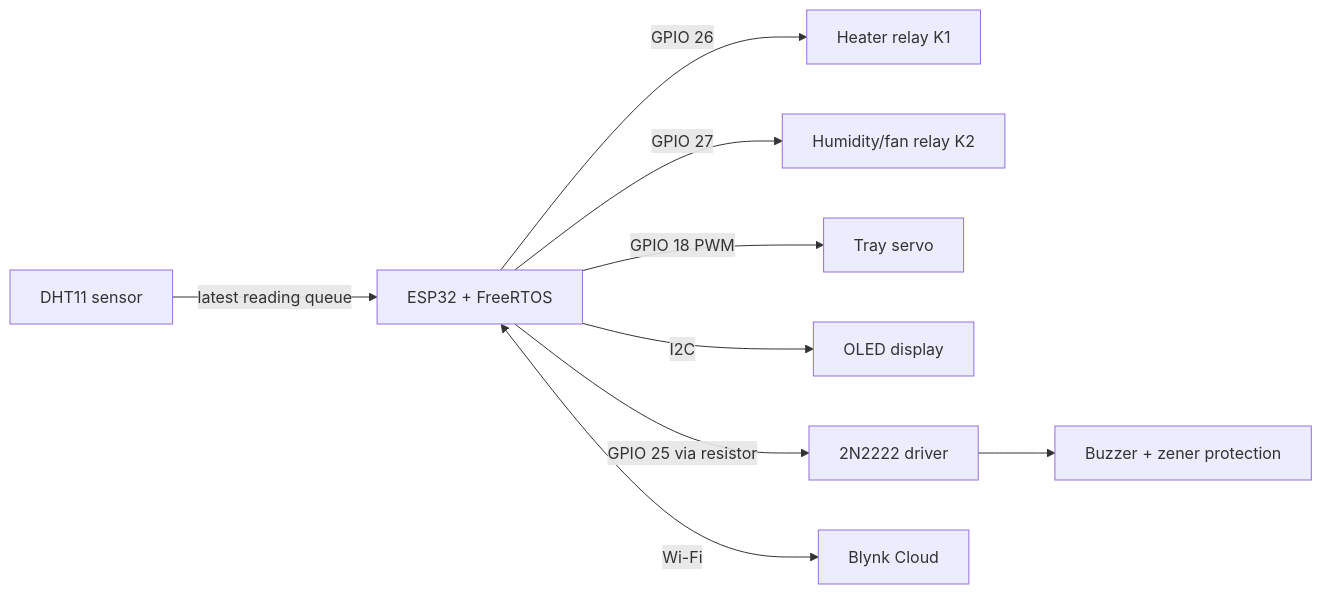
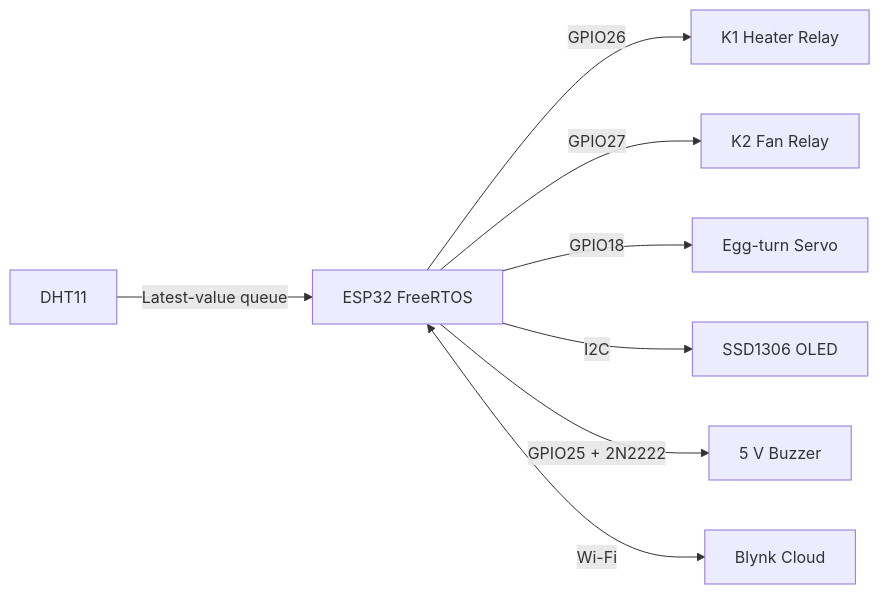
One commit to iAboud98/smart-egg-incubator changed the diagram in README.md. Above: the diagram before and after it, drawn with Mermaid. The commit also changed other lines of this file and 2 other files, not shown here.

Commit message:
Finalize project documentation and schematic

````diff
--- a/README.md
+++ b/README.md
@@ -24,11 +98,10 @@
 ```mermaid
 flowchart LR
-    DHT[DHT11 sensor] -->|latest reading queue| ESP[ESP32 + FreeRTOS]
-    ESP -->|GPIO 26| HEAT[Heater relay K1]
-    ESP -->|GPIO 27| HUM[Humidity/fan relay K2]
-    ESP -->|GPIO 18 PWM| SERVO[Tray servo]
-    ESP -->|I2C| OLED[OLED display]
-    ESP -->|GPIO 25 via resistor| DRIVER[2N2222 driver]
-    DRIVER --> BUZZ[Buzzer + zener protection]
+    DHT[DHT11] -->|Latest-value queue| ESP[ESP32 FreeRTOS]
+    ESP -->|GPIO26| K1[K1 Heater Relay]
+    ESP -->|GPIO27| K2[K2 Fan Relay]
+    ESP -->|GPIO18| SERVO[Egg-turn Servo]
+    ESP -->|I2C| OLED[SSD1306 OLED]
+    ESP -->|GPIO25 + 2N2222| BUZZ[5 V Buzzer]
     ESP <-->|Wi-Fi| BLYNK[Blynk Cloud]
 ```
````
